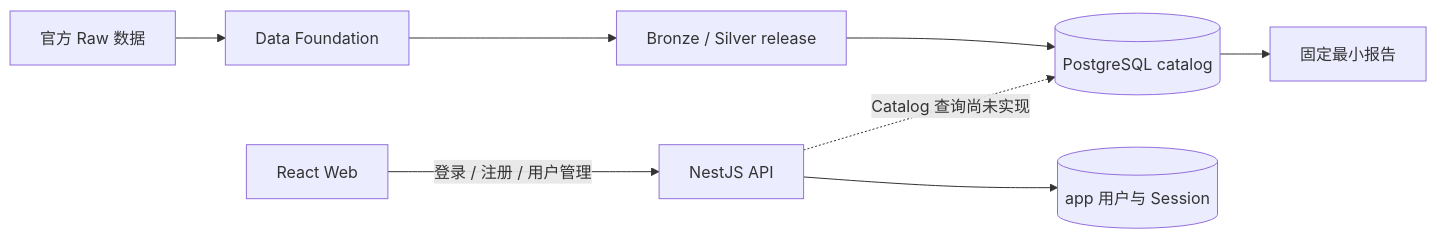
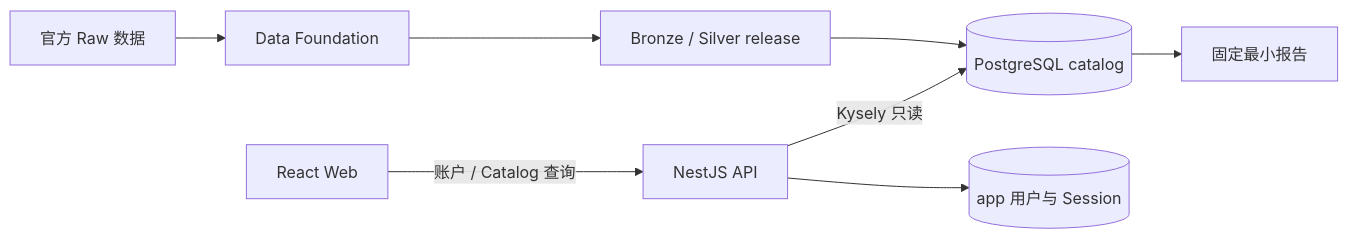
The first of 2 diagrams in docs/architecture.md (BINGWU2003/tech-scout), drawn with Mermaid before and after one commit. The commit also changed other lines of this file and 57 other files, not shown here.

````diff
--- a/docs/architecture.md
+++ b/docs/architecture.md
@@ -52,11 +52,11 @@
 ```mermaid
 flowchart LR
     RAW[官方 Raw 数据] --> PIPE[Data Foundation]
     PIPE --> RELEASE[Bronze / Silver release]
     RELEASE --> CATALOG[(PostgreSQL catalog)]
     CATALOG --> REPORT[固定最小报告]
 
-    WEB[React Web] -->|登录 / 注册 / 用户管理| API[NestJS API]
+    WEB[React Web] -->|账户 / Catalog 查询| API[NestJS API]
     API --> APP[(app 用户与 Session)]
-    API -. Catalog 查询尚未实现 .-> CATALOG
+    API -->|Kysely 只读| CATALOG
 ```
````
